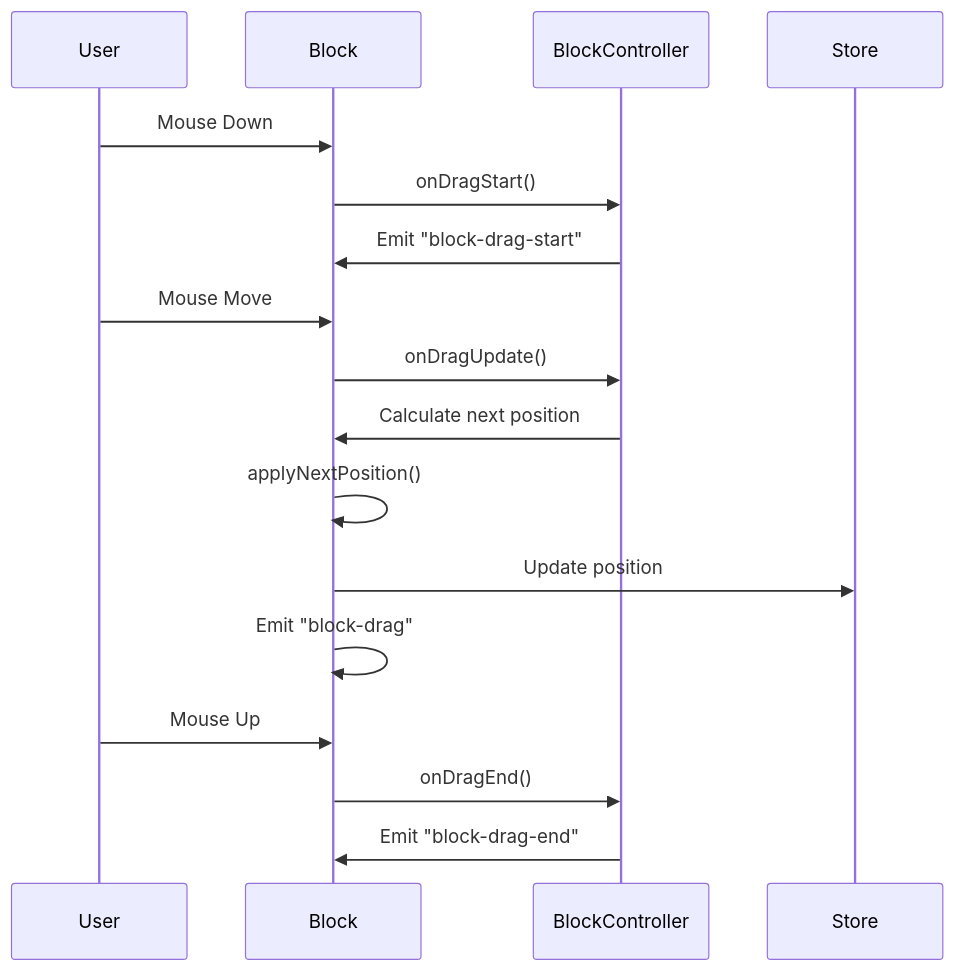
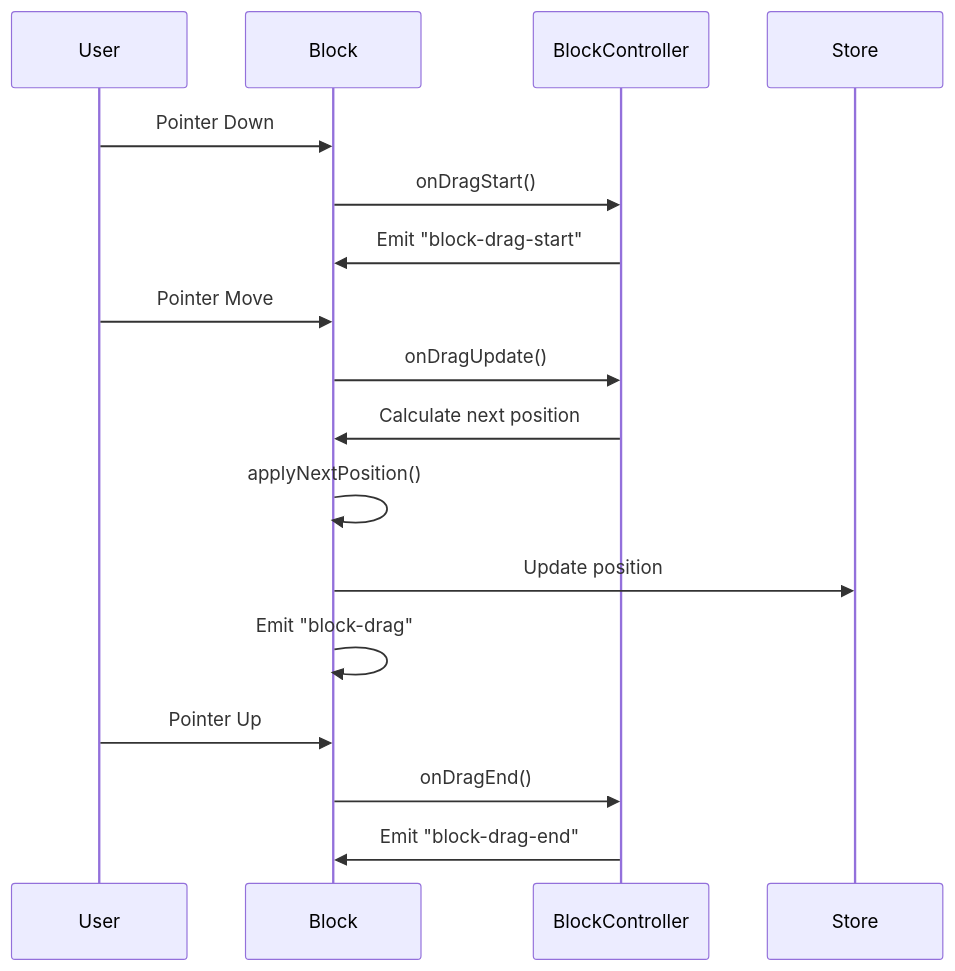
Before and after one commit to gravity-ui/graph: the second of 2 diagrams in docs/components/block-component.md, drawn with Mermaid. The commit also changed other lines of this file and 8 other files, not shown here.

````diff
--- a/docs/components/block-component.md
+++ b/docs/components/block-component.md
@@ -204,20 +204,20 @@
 ```mermaid
 sequenceDiagram
     participant User
     participant Block
     participant BlockController
     participant Store
     
-    User->>Block: Mouse Down
+    User->>Block: Pointer Down
     Block->>BlockController: onDragStart()
     BlockController->>Block: Emit "block-drag-start"
-    User->>Block: Mouse Move
+    User->>Block: Pointer Move
     Block->>BlockController: onDragUpdate()
     BlockController->>Block: Calculate next position
     Block->>Block: applyNextPosition()
     Block->>Store: Update position
     Block->>Block: Emit "block-drag"
-    User->>Block: Mouse Up
+    User->>Block: Pointer Up
     Block->>BlockController: onDragEnd()
     BlockController->>Block: Emit "block-drag-end"
 ```
````
